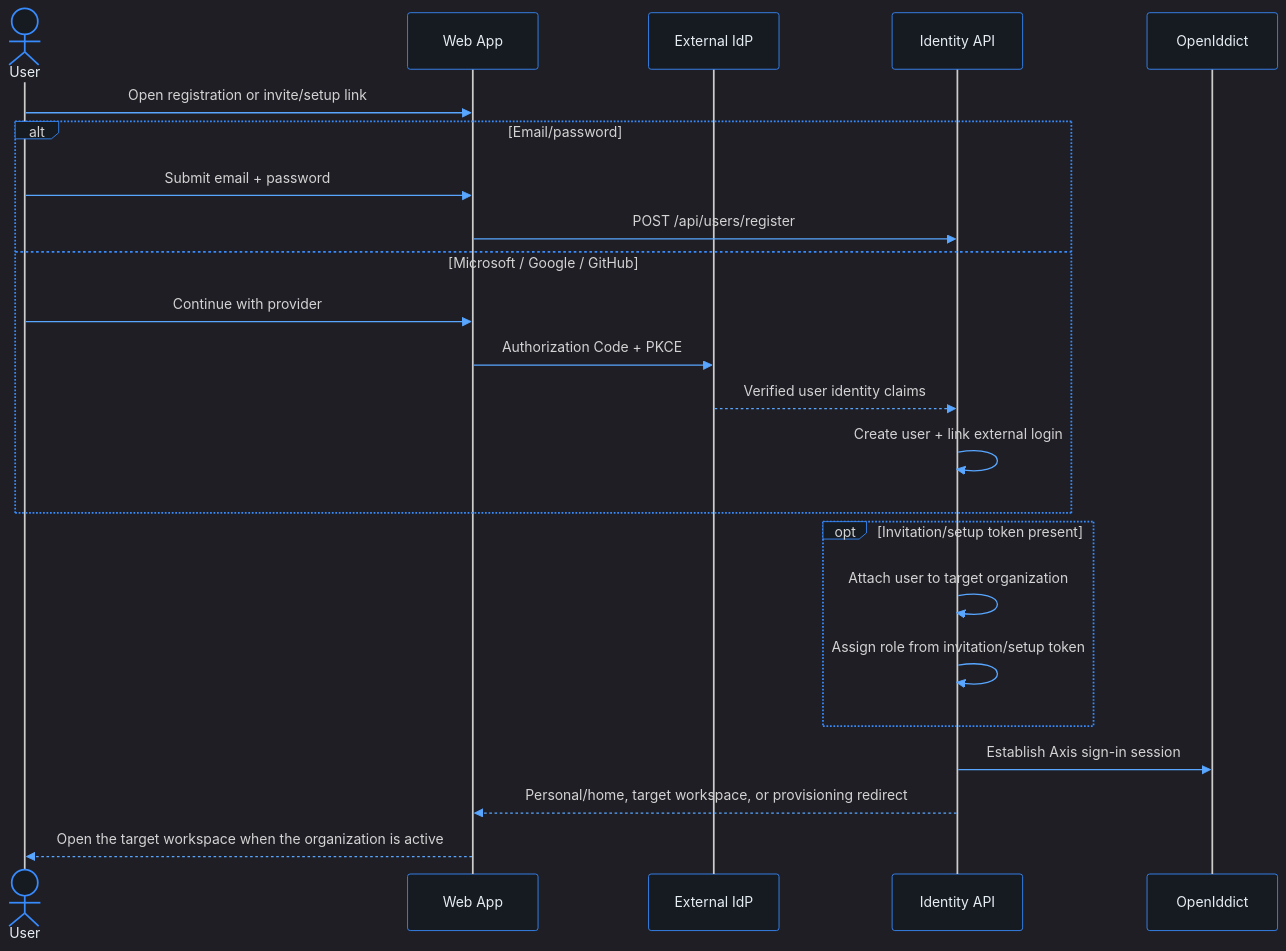
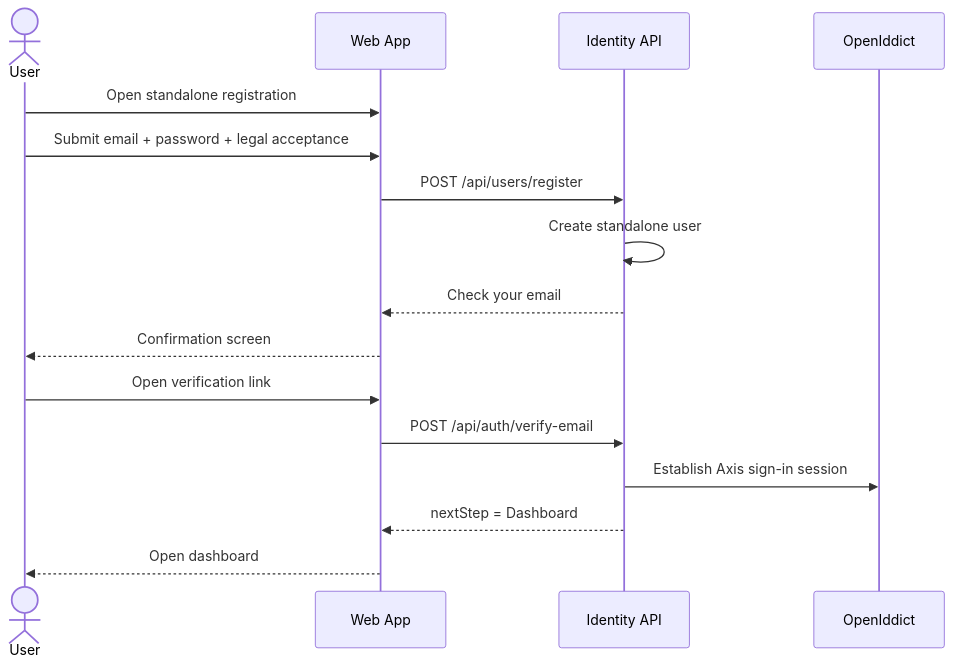
The diagram in docs/use-cases/identity-access/register-user/README.md (phuongnse/axis), drawn with Mermaid before and after one commit. The commit also changed other lines of this file and 10 other files, not shown here.

Commit message:
docs(identity): complete standalone user registration

````diff
--- a/docs/use-cases/identity-access/register-user/README.md
+++ b/docs/use-cases/identity-access/register-user/README.md
@@ -90,27 +83,19 @@
 ```mermaid
-%%{init: {'theme':'dark','themeVariables':{'background':'#0d1117','mainBkg':'#0d1117','primaryColor':'#161b22','primaryBorderColor':'#388bfd','primaryTextColor':'#e6edf3','secondaryColor':'#21262d','secondaryBorderColor':'#388bfd','secondaryTextColor':'#e6edf3','tertiaryColor':'#161b22','tertiaryTextColor':'#e6edf3','lineColor':'#58a6ff','textColor':'#e6edf3','nodeBorder':'#388bfd','clusterBkg':'#161b22','clusterBorder':'#388bfd','titleColor':'#e6edf3','edgeLabelBackground':'#161b22','actorBkg':'#161b22','actorBorder':'#388bfd','actorTextColor':'#e6edf3','signalColor':'#58a6ff','labelBoxBkgColor':'#161b22','labelBoxBorderColor':'#388bfd','noteBkgColor':'#161b22','noteBorderColor':'#388bfd','noteTextColor':'#c9d1d9','activationBkgColor':'#30363d'}}}%%
 sequenceDiagram
   actor User
   participant Web as Web App
-  participant IdP as External IdP
   participant API as Identity API
   participant OIDC as OpenIddict
 
-  User->>Web: Open registration or invite/setup link
-  alt Email/password
-    User->>Web: Submit email + password
-    Web->>API: POST /api/users/register
-  else Microsoft / Google / GitHub
-    User->>Web: Continue with provider
-    Web->>IdP: Authorization Code + PKCE
-    IdP-->>API: Verified user identity claims
-    API->>API: Create user + link external login
-  end
-  opt Invitation/setup token present
-    API->>API: Attach user to target organization
-    API->>API: Assign role from invitation/setup token
-  end
+  User->>Web: Open standalone registration
+  User->>Web: Submit email + password + legal acceptance
+  Web->>API: POST /api/users/register
+  API->>API: Create standalone user
+  API-->>Web: Check your email
+  Web-->>User: Confirmation screen
+  User->>Web: Open verification link
+  Web->>API: POST /api/auth/verify-email
   API->>OIDC: Establish Axis sign-in session
-  API-->>Web: Personal/home, target workspace, or provisioning redirect
-  Web-->>User: Open the target workspace when the organization is active
+  API-->>Web: nextStep = Dashboard
+  Web-->>User: Open dashboard
 ```
````
